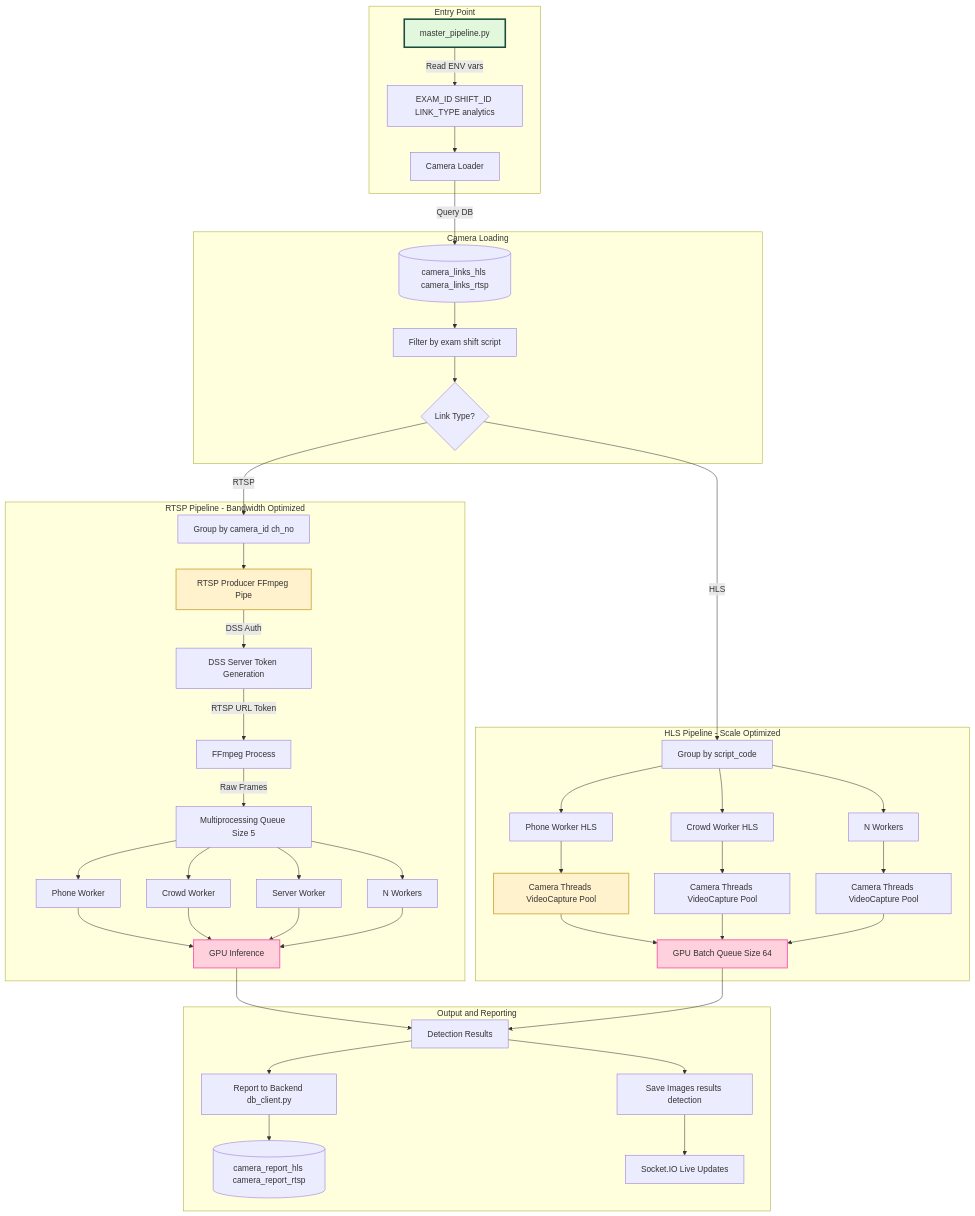
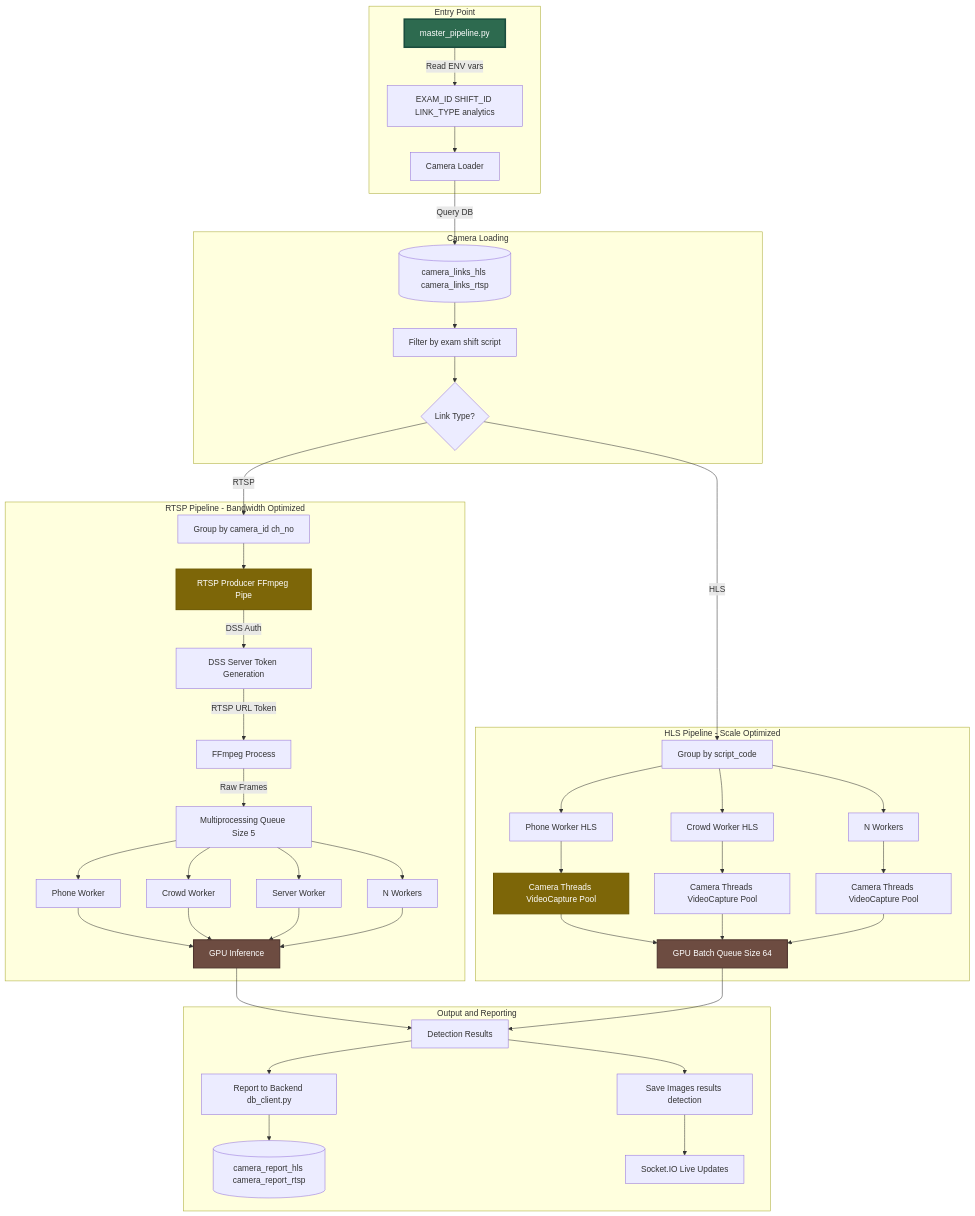
Before and after one commit to aman-tiwari18/cctv: the third of 9 diagrams in complete_workflow_documentation.md, drawn with Mermaid. The commit also changed other lines of this file, not shown here.

````diff
--- a/complete_workflow_documentation.md
+++ b/complete_workflow_documentation.md
@@ -170,63 +170,63 @@
 ```mermaid
 graph TB
     subgraph Entry["Entry Point"]
         START[master_pipeline.py] -->|Read ENV vars| ENV[EXAM_ID SHIFT_ID LINK_TYPE analytics]
         ENV --> LOADER[Camera Loader]
     end
     
     subgraph Loading["Camera Loading"]
         LOADER -->|Query DB| DBCAM[(camera_links_hls camera_links_rtsp)]
         DBCAM --> FILTER[Filter by exam shift script]
         FILTER --> SPLIT{Link Type?}
     end
     
     subgraph RTSP["RTSP Pipeline - Bandwidth Optimized"]
         SPLIT -->|RTSP| RTSP_GROUP[Group by camera_id ch_no]
         RTSP_GROUP --> RTSP_PROD[RTSP Producer FFmpeg Pipe]
         
         RTSP_PROD -->|DSS Auth| DSS[DSS Server Token Generation]
         DSS -->|RTSP URL Token| FFMPEG[FFmpeg Process]
         FFMPEG -->|Raw Frames| QUEUE[Multiprocessing Queue Size 5]
         
         QUEUE --> WORKER1[Phone Worker]
         QUEUE --> WORKER2[Crowd Worker]
         QUEUE --> WORKER3[Server Worker]
         QUEUE --> WORKERN[N Workers]
         
         WORKER1 --> GPU1[GPU Inference]
         WORKER2 --> GPU1
         WORKER3 --> GPU1
         WORKERN --> GPU1
     end
     
     subgraph HLS["HLS Pipeline - Scale Optimized"]
         SPLIT -->|HLS| HLS_GROUP[Group by script_code]
         HLS_GROUP --> HLS_WORKER1[Phone Worker HLS]
         HLS_GROUP --> HLS_WORKER2[Crowd Worker HLS]
         HLS_GROUP --> HLS_WORKERN[N Workers]
         
         HLS_WORKER1 --> THREADS1[Camera Threads VideoCapture Pool]
         HLS_WORKER2 --> THREADS2[Camera Threads VideoCapture Pool]
         HLS_WORKERN --> THREADSN[Camera Threads VideoCapture Pool]
         
         THREADS1 --> GPU2[GPU Batch Queue Size 64]
         THREADS2 --> GPU2
         THREADSN --> GPU2
     end
     
     subgraph Output["Output and Reporting"]
         GPU1 --> RESULTS[Detection Results]
         GPU2 --> RESULTS
         
         RESULTS --> SAVE[Save Images results detection]
         RESULTS --> REPORT[Report to Backend db_client.py]
         REPORT --> BACKEND_DB[(camera_report_hls camera_report_rtsp)]
         SAVE --> SOCKET[Socket.IO Live Updates]
     end
-    
-    style RTSP_PROD fill:#fff2cc,stroke:#d6b656,stroke-width:2px
-    style THREADS1 fill:#fff2cc,stroke:#d6b656,stroke-width:2px
-    style GPU1 fill:#ffd1dc,stroke:#ff69b4,stroke-width:2px
-    style GPU2 fill:#ffd1dc,stroke:#ff69b4,stroke-width:2px
-    style START fill:#e1f8dc,stroke:#1b4d3e,stroke-width:3px
+
+    style RTSP_PROD fill:#7d6608,color:#ffffff,stroke:#6d5800,stroke-width:2px
+    style THREADS1 fill:#7d6608,color:#ffffff,stroke:#6d5800,stroke-width:2px
+    style GPU1 fill:#6d4c41,color:#ffffff,stroke:#4e342e,stroke-width:2px
+    style GPU2 fill:#6d4c41,color:#ffffff,stroke:#4e342e,stroke-width:2px
+    style START fill:#2d6a4f,color:#ffffff,stroke:#1b4d3e,stroke-width:3px
 ```
````
